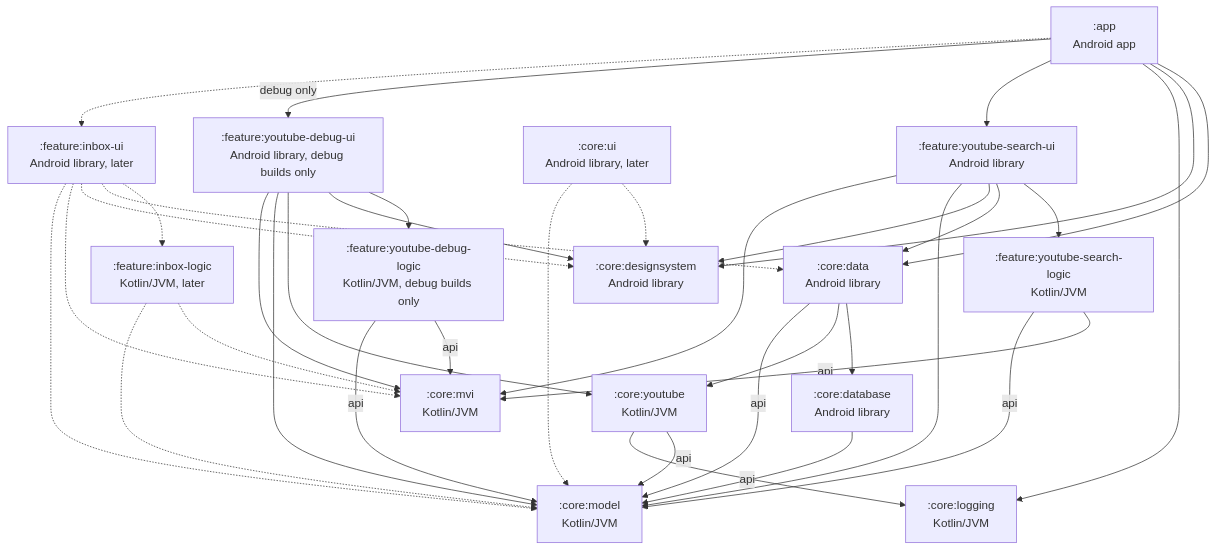
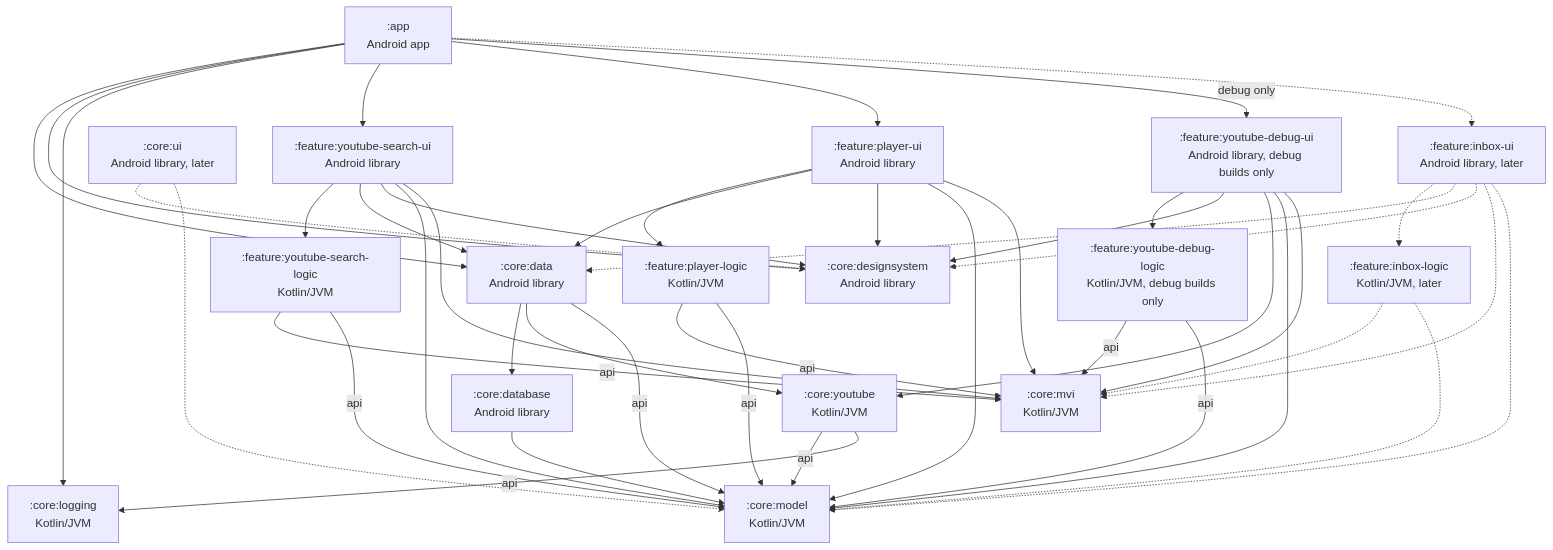
One commit to dewfallapp/dewfall changed the first of 3 diagrams in docs/architecture.md. Above: the diagram before and after it, drawn with Mermaid. The commit also changed other lines of this file and 3 other files, not shown here.

````diff
--- a/docs/architecture.md
+++ b/docs/architecture.md
@@ -16,55 +16,65 @@
 ```mermaid
 graph TD
     app[":app<br/>Android app"]
     data[":core:data<br/>Android library"]
     database[":core:database<br/>Android library"]
     designsystem[":core:designsystem<br/>Android library"]
     youtube[":core:youtube<br/>Kotlin/JVM"]
     logging[":core:logging<br/>Kotlin/JVM"]
     model[":core:model<br/>Kotlin/JVM"]
     mvi[":core:mvi<br/>Kotlin/JVM"]
     searchUi[":feature:youtube-search-ui<br/>Android library"]
     searchLogic[":feature:youtube-search-logic<br/>Kotlin/JVM"]
+    playerUi[":feature:player-ui<br/>Android library"]
+    playerLogic[":feature:player-logic<br/>Kotlin/JVM"]
     debugUi[":feature:youtube-debug-ui<br/>Android library, debug builds only"]
     debugLogic[":feature:youtube-debug-logic<br/>Kotlin/JVM, debug builds only"]
     coreUi[":core:ui<br/>Android library, later"]
     inboxUi[":feature:inbox-ui<br/>Android library, later"]
     inboxLogic[":feature:inbox-logic<br/>Kotlin/JVM, later"]
 
     app --> data
     app --> designsystem
     app --> logging
     data --> database
     data --> youtube
     data -->|api| model
     database --> model
     youtube -->|api| model
     youtube -->|api| logging
     app --> searchUi
     searchUi --> searchLogic
     searchUi --> data
     searchUi --> designsystem
     searchUi --> model
     searchUi --> mvi
     searchLogic -->|api| mvi
     searchLogic -->|api| model
+    app --> playerUi
+    playerUi --> playerLogic
+    playerUi --> data
+    playerUi --> designsystem
+    playerUi --> model
+    playerUi --> mvi
+    playerLogic -->|api| mvi
+    playerLogic -->|api| model
     app -->|debug only| debugUi
     debugUi --> debugLogic
     debugUi --> designsystem
     debugUi --> youtube
     debugUi --> model
     debugUi --> mvi
     debugLogic -->|api| mvi
     debugLogic -->|api| model
 
     app -.-> inboxUi
     inboxUi -.-> inboxLogic
     inboxUi -.-> data
     inboxUi -.-> designsystem
     inboxUi -.-> mvi
     inboxUi -.-> model
     inboxLogic -.-> mvi
     inboxLogic -.-> model
     coreUi -.-> designsystem
     coreUi -.-> model
 ```
````
